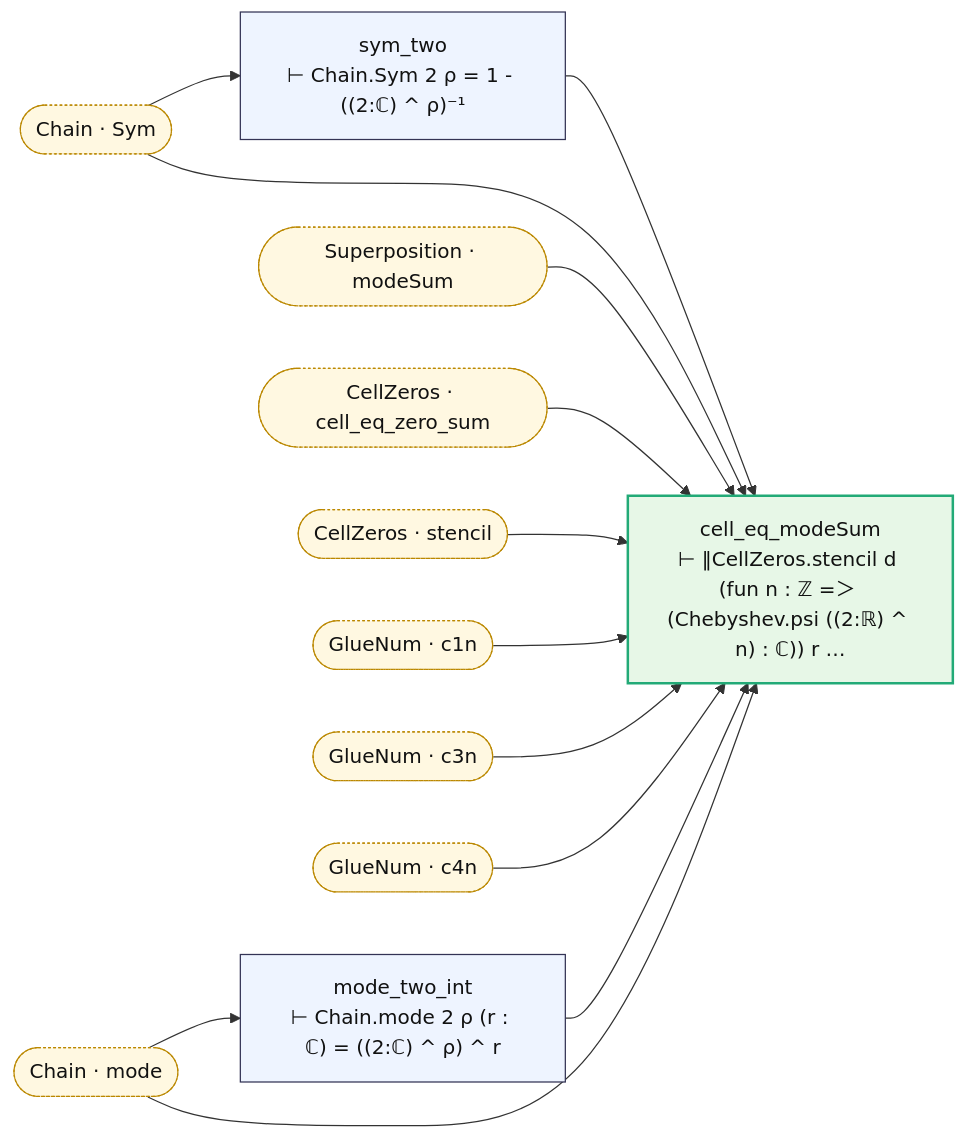
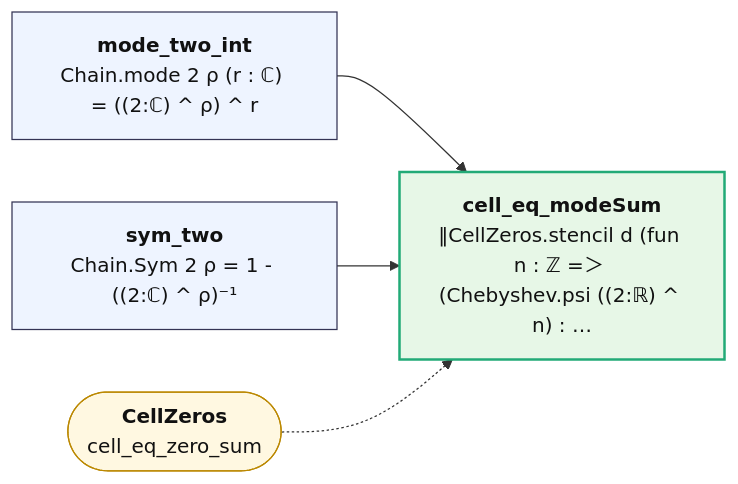
The diagram in map/lean_stage3/CellModes.md (juliansambranojr/Primebeat_081426), drawn with Mermaid before and after one commit. The commit also changed other lines of this file and 387 other files, not shown here.

````diff
--- a/map/lean_stage3/CellModes.md
+++ b/map/lean_stage3/CellModes.md
@@ -8,32 +12,15 @@
 ```mermaid
 flowchart LR
-  n0["mode_two_int<br/>⊢ Chain.mode 2 ρ (r : ℂ) = ((2:ℂ) ^ ρ) ^ r"]:::thm
-  n1["sym_two<br/>⊢ Chain.Sym 2 ρ = 1 - ((2:ℂ) ^ ρ)⁻¹"]:::thm
-  n2["cell_eq_modeSum<br/>⊢ ‖CellZeros.stencil d (fun n : ℤ =＞ (Chebyshev.psi ((2:ℝ) ^ n) : ℂ)) r …"]:::end_
-  x0(["Chain · Sym"]):::ext
-  x1(["Chain · mode"]):::ext
-  x2(["Superposition · modeSum"]):::ext
-  x3(["CellZeros · cell_eq_zero_sum"]):::ext
-  x4(["CellZeros · stencil"]):::ext
-  x5(["GlueNum · c1n"]):::ext
-  x6(["GlueNum · c3n"]):::ext
-  x7(["GlueNum · c4n"]):::ext
+  n0["<b>mode_two_int</b><br/>Chain.mode 2 ρ (r : ℂ) = ((2:ℂ) ^ ρ) ^ r"]:::thm
+  n1["<b>sym_two</b><br/>Chain.Sym 2 ρ = 1 - ((2:ℂ) ^ ρ)⁻¹"]:::thm
+  n2["<b>cell_eq_modeSum</b><br/>‖CellZeros.stencil d (fun n : ℤ =＞ (Chebyshev.psi ((2:ℝ) ^ n) : …"]:::end_
+  x0(["<b>CellZeros</b><br/>cell_eq_zero_sum"]):::ext
   n0 --> n2
   n1 --> n2
-  x0 --> n1
-  x0 --> n2
-  x1 --> n0
-  x1 --> n2
-  x2 --> n2
-  x3 --> n2
-  x4 --> n2
-  x5 --> n2
-  x6 --> n2
-  x7 --> n2
+  x0 -.-> n2
   classDef thm fill:#eef4ff,stroke:#335,color:#111
-  classDef dfn fill:#f2f2f2,stroke:#777,color:#111
   classDef end_ fill:#e7f7e7,stroke:#2a7,color:#111,stroke-width:2px
   classDef lone fill:#fff,stroke:#999,color:#111,stroke-dasharray:4 3
   classDef bad fill:#ffe5e5,stroke:#c22,color:#111,stroke-width:2px
-  classDef ext fill:#fff8e1,stroke:#b80,color:#111,stroke-dasharray:2 2
+  classDef ext fill:#fff8e1,stroke:#b80,color:#111
 ```
````
